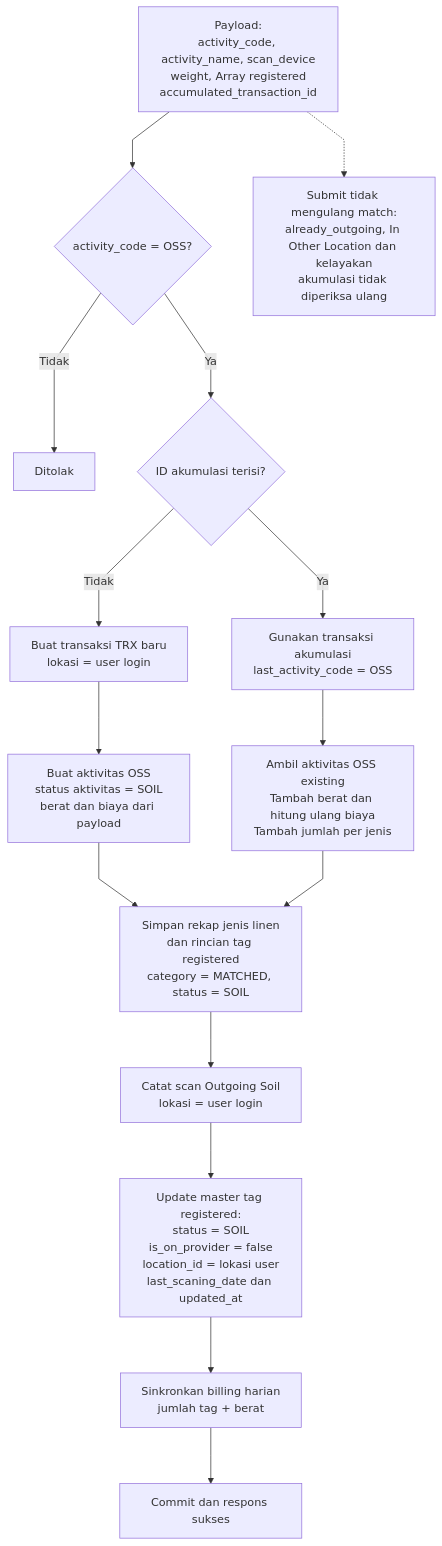
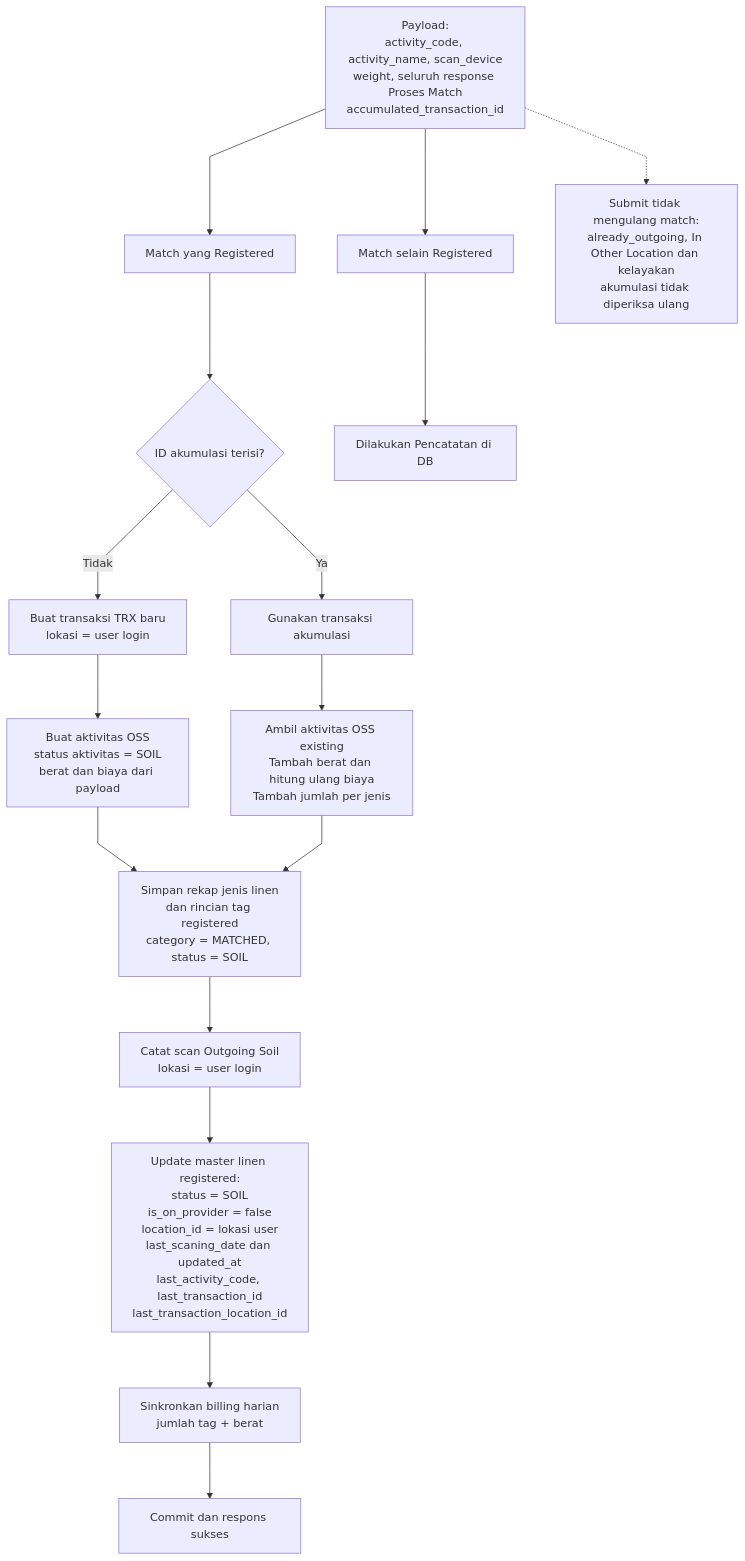
The second of 2 diagrams in laundry-activities/outgoing-soil.md (bagaskrmn/bac-flow-laundry), drawn with Mermaid before and after one commit. The commit also changed other lines of this file and 2 other files, not shown here.

````diff
--- a/laundry-activities/outgoing-soil.md
+++ b/laundry-activities/outgoing-soil.md
@@ -43,23 +42,27 @@
 ```mermaid
 %%{init: {'flowchart': {'curve': 'linear', 'nodeSpacing': 60, 'rankSpacing': 80, 'diagramPadding': 24}}}%%
 flowchart TD
-    N_IN["Payload:<br/>activity_code, activity_name, scan_device<br/>weight, Array registered<br/>accumulated_transaction_id"]
-    N_IN --> N_VALID{"activity_code = OSS?"}
-    N_VALID -->|Tidak| N_REJECT["Ditolak"]
-    N_VALID -->|Ya| N_MODE{"ID akumulasi terisi?"}
+    N_IN["Payload:<br/>activity_code, activity_name, scan_device<br/>weight, seluruh response Proses Match<br/>accumulated_transaction_id"]
+    N_IN -->N_REGIST["Match yang Registered"]
+    N_REGIST -->N_MODE{"ID akumulasi terisi?"}
+
+    N_IN -->N_ELSE["Match selain Registered"]
+    N_ELSE -->N_PROC["Dilakukan Pencatatan di DB"]
 
     N_MODE -->|Tidak| N_NEW["Buat transaksi TRX baru<br/>lokasi = user login"]
     N_NEW --> N_ACT["Buat aktivitas OSS<br/>status aktivitas = SOIL<br/>berat dan biaya dari payload"]
 
-    N_MODE -->|Ya| N_OLD["Gunakan transaksi akumulasi<br/>last_activity_code = OSS"]
+    N_MODE -->|Ya| N_OLD["Gunakan transaksi akumulasi"]
     N_OLD --> N_ADD["Ambil aktivitas OSS existing<br/>Tambah berat dan hitung ulang biaya<br/>Tambah jumlah per jenis"]
 
     N_ACT --> N_DETAIL["Simpan rekap jenis linen<br/>dan rincian tag registered<br/>category = MATCHED, status = SOIL"]
     N_ADD --> N_DETAIL
     N_DETAIL --> N_SCAN["Catat scan Outgoing Soil<br/>lokasi = user login"]
-    N_SCAN --> N_MASTER["Update master tag registered:<br/>status = SOIL<br/>is_on_provider = false<br/>location_id = lokasi user<br/>last_scaning_date dan updated_at"]
+    N_SCAN --> N_MASTER["Update master linen registered:<br/>status = SOIL<br/>is_on_provider = false<br/>location_id = lokasi user<br/>last_scaning_date dan updated_at<br/>last_activity_code, last_transaction_id<br/>last_transaction_location_id"]
     N_MASTER --> N_BILL["Sinkronkan billing harian<br/>jumlah tag + berat"]
     N_BILL --> N_DONE["Commit dan respons sukses"]
 
     N_IN -.-> N_TRUST["Submit tidak mengulang match:<br/>already_outgoing, In Other Location dan kelayakan<br/>akumulasi tidak diperiksa ulang"]
+
+    class N_ELSE,N_PROC danger
 ```
````
